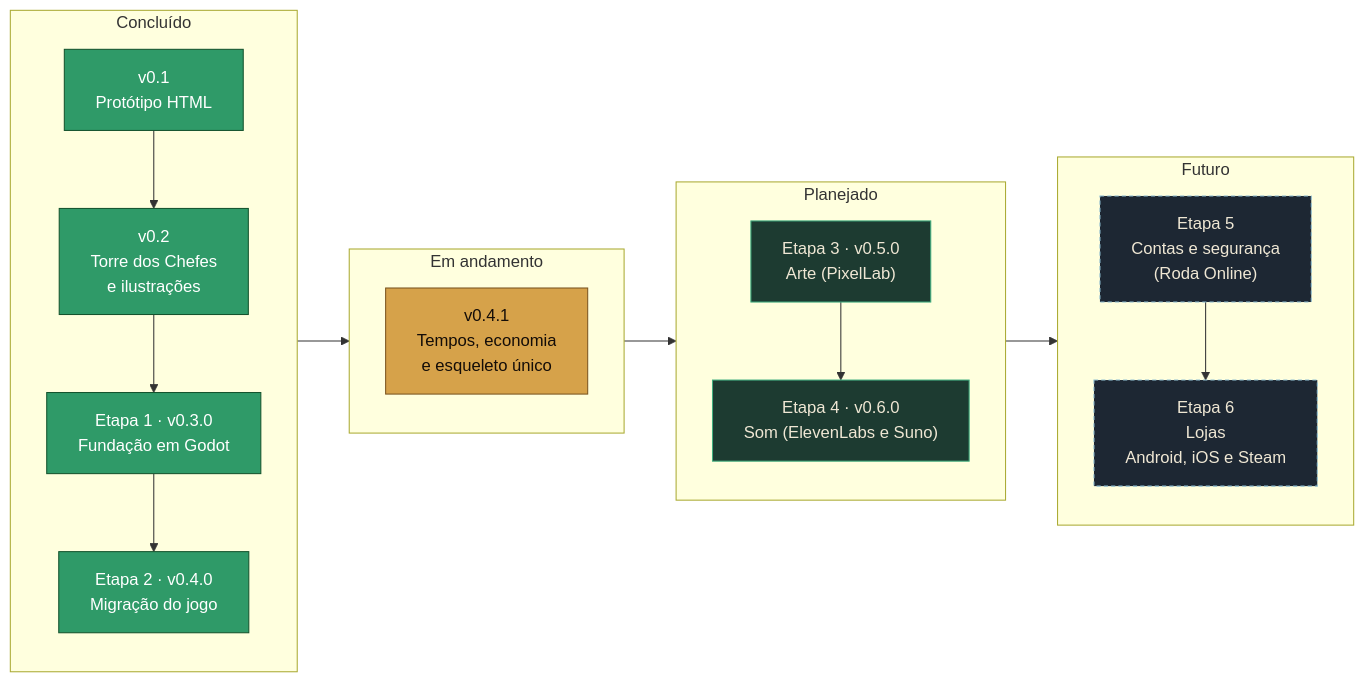
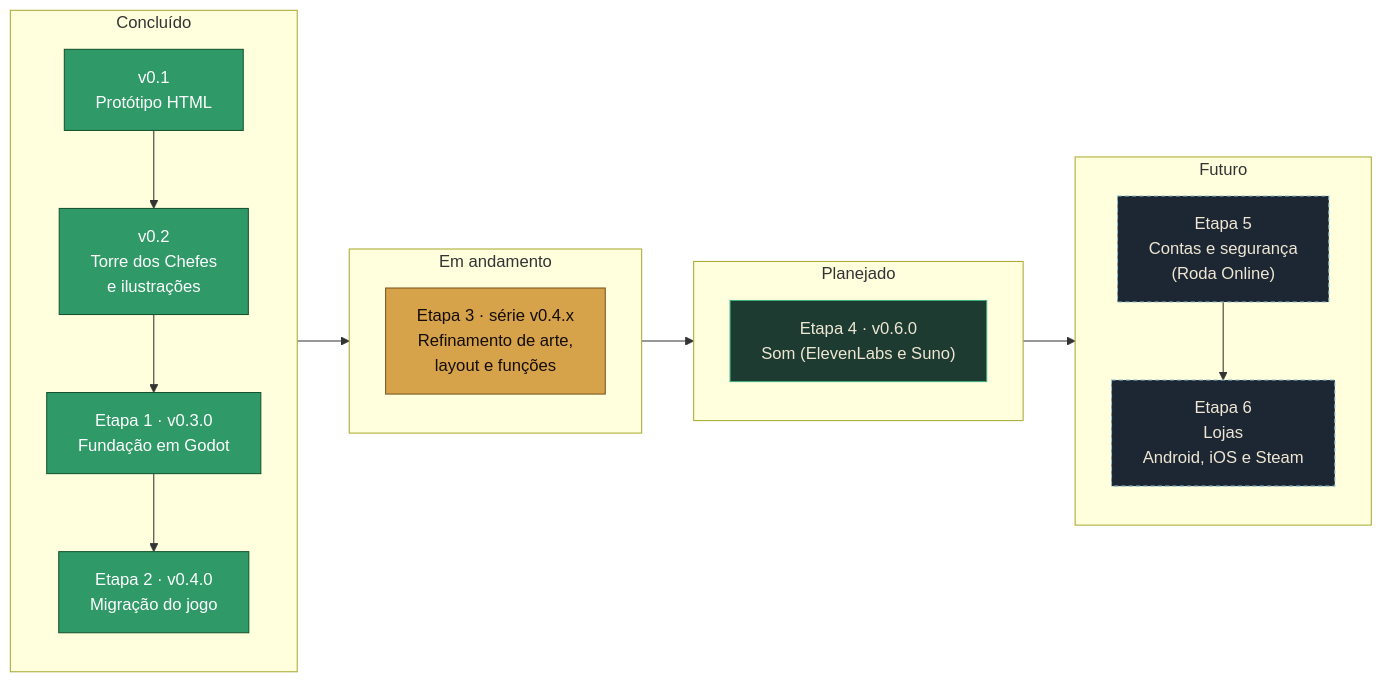
The diagram in docs/ROADMAP.md (AlexGamesProjects/Guardi-es-do-Folclore), drawn with Mermaid before and after one commit. The commit also changed other lines of this file and 4 other files, not shown here.

````diff
--- a/docs/ROADMAP.md
+++ b/docs/ROADMAP.md
@@ -7,31 +7,30 @@
 ```mermaid
 flowchart LR
     subgraph F["Concluído"]
         direction TB
         v01["v0.1<br/>Protótipo HTML"]:::feito
         v02["v0.2<br/>Torre dos Chefes<br/>e ilustrações"]:::feito
         e1["Etapa 1 · v0.3.0<br/>Fundação em Godot"]:::feito
         e2["Etapa 2 · v0.4.0<br/>Migração do jogo"]:::feito
     end
     subgraph A["Em andamento"]
         direction TB
-        e21["v0.4.1<br/>Tempos, economia<br/>e esqueleto único"]:::andamento
+        e3["Etapa 3 · série v0.4.x<br/>Refinamento de arte,<br/>layout e funções"]:::andamento
     end
     subgraph P["Planejado"]
         direction TB
-        e3["Etapa 3 · v0.5.0<br/>Arte (PixelLab)"]:::planejado
         e4["Etapa 4 · v0.6.0<br/>Som (ElevenLabs e Suno)"]:::planejado
     end
     subgraph X["Futuro"]
         direction TB
         e5["Etapa 5<br/>Contas e segurança<br/>(Roda Online)"]:::futuro
         e6["Etapa 6<br/>Lojas<br/>Android, iOS e Steam"]:::futuro
     end
 
-    v01 --> v02 --> e1 --> e2 --> e21 --> e3 --> e4 --> e5 --> e6
+    v01 --> v02 --> e1 --> e2 --> e3 --> e4 --> e5 --> e6
 
     classDef feito fill:#2f9a68,stroke:#14532d,color:#ffffff
     classDef andamento fill:#d6a24a,stroke:#7a5420,color:#140d08
     classDef planejado fill:#1d3b31,stroke:#3fae7f,color:#efe7d4
     classDef futuro fill:#1d2733,stroke:#8fc0d4,color:#efe7d4,stroke-dasharray:4 3
 ```
````
